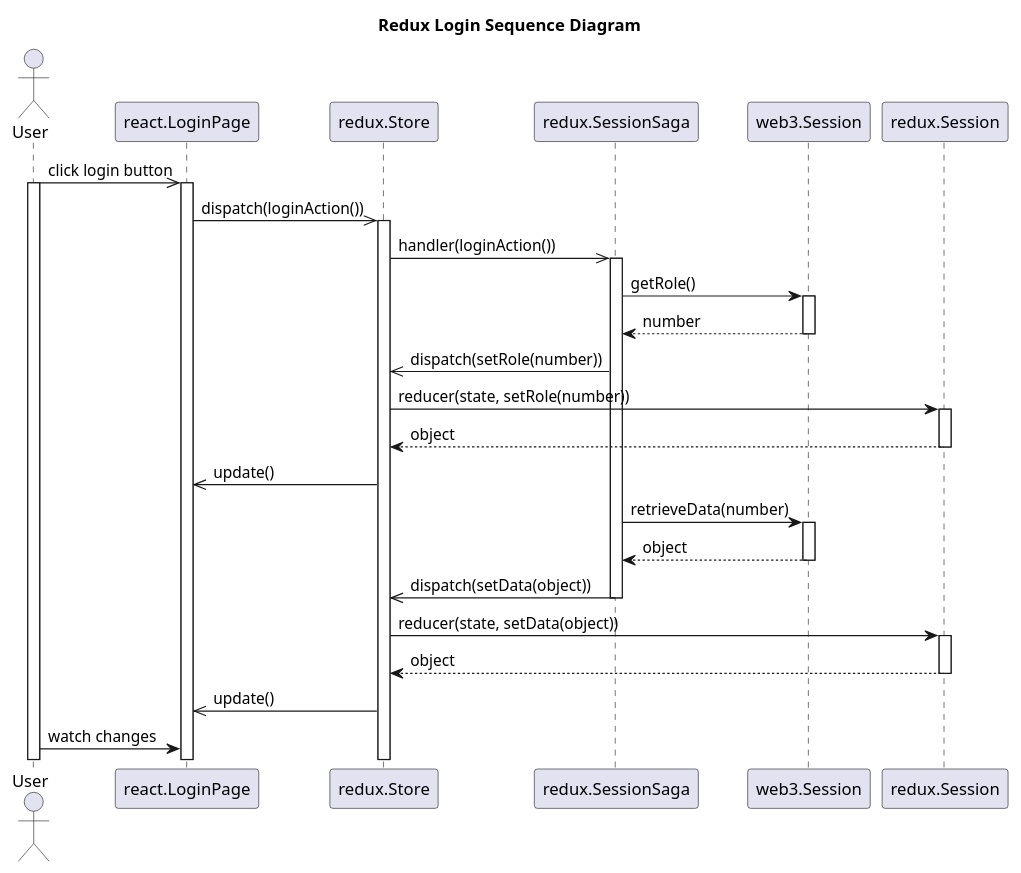
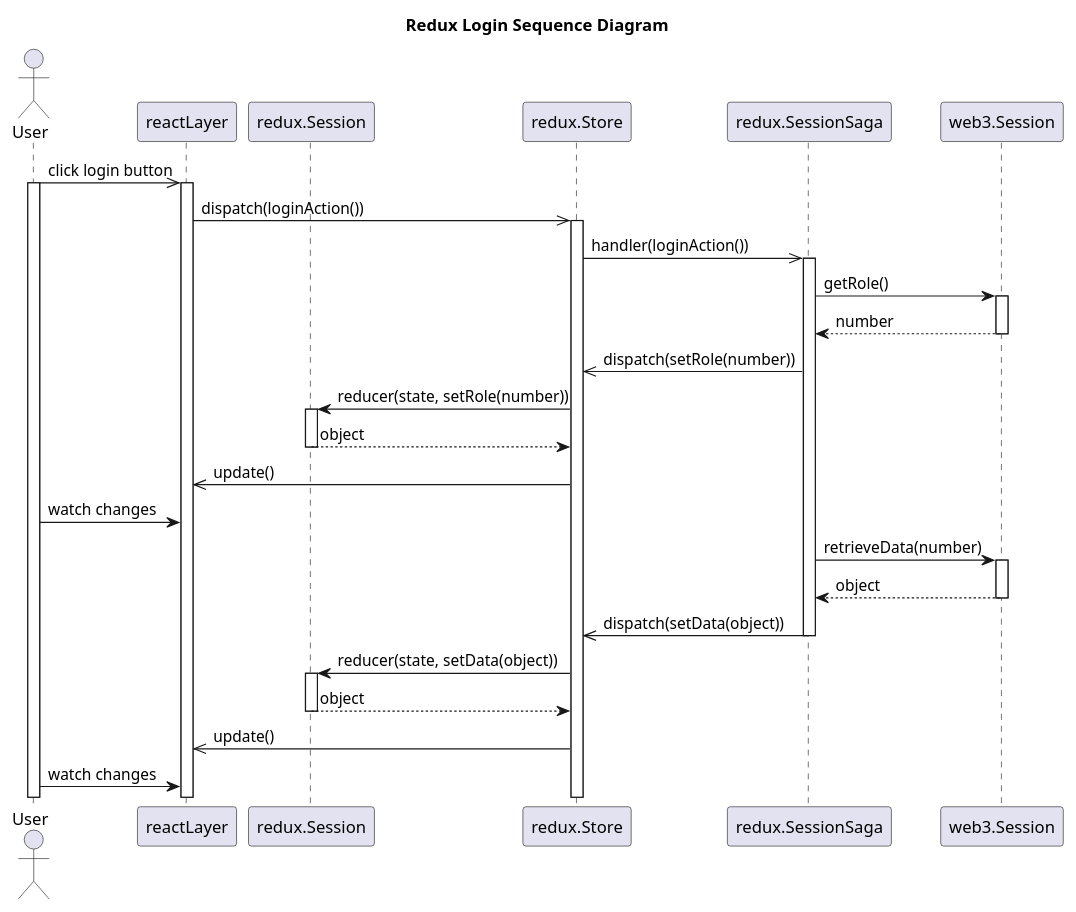
The diagram in sequenza/redux/login.puml (M9k/Marvin-Uml), drawn with PlantUML before and after one commit.

Commit message:
Cambiato ordine partecipanti redux login

```diff
--- a/sequenza/redux/login.puml
+++ b/sequenza/redux/login.puml
@@ -1,40 +1,41 @@
 @startuml
 title "Redux Login Sequence Diagram"
 
 actor User
-participant react.LoginPage
+participant reactLayer
+participant redux.Session
 participant redux.Store
 participant redux.SessionSaga
 participant web3.Session
-participant redux.Session
 
-User ->> react.LoginPage: click login button
+User ->> reactLayer: click login button
 activate User
-activate react.LoginPage
-react.LoginPage ->> redux.Store: dispatch(loginAction())
+activate reactLayer
+reactLayer ->> redux.Store: dispatch(loginAction())
 activate redux.Store
 redux.Store ->> redux.SessionSaga: handler(loginAction())
 activate redux.SessionSaga
 redux.SessionSaga -> web3.Session: getRole()
 activate web3.Session
 web3.Session --> redux.SessionSaga: number
 deactivate web3.Session
 redux.SessionSaga ->> redux.Store: dispatch(setRole(number))
 redux.Store -> redux.Session: reducer(state, setRole(number))
 activate redux.Session
 redux.Session --> redux.Store: object
 deactivate redux.Session
-redux.Store ->> react.LoginPage: update()
+redux.Store ->> reactLayer: update()
+User -> reactLayer: watch changes
 redux.SessionSaga -> web3.Session: retrieveData(number)
 activate web3.Session
 web3.Session --> redux.SessionSaga: object
 deactivate web3.Session
 redux.SessionSaga ->> redux.Store: dispatch(setData(object))
 deactivate redux.SessionSaga
 redux.Store -> redux.Session: reducer(state, setData(object))
 activate redux.Session
 redux.Session --> redux.Store: object
 deactivate redux.Session
-redux.Store ->> react.LoginPage: update()
-User -> react.LoginPage: watch changes
+redux.Store ->> reactLayer: update()
+User -> reactLayer: watch changes
 @enduml
```
